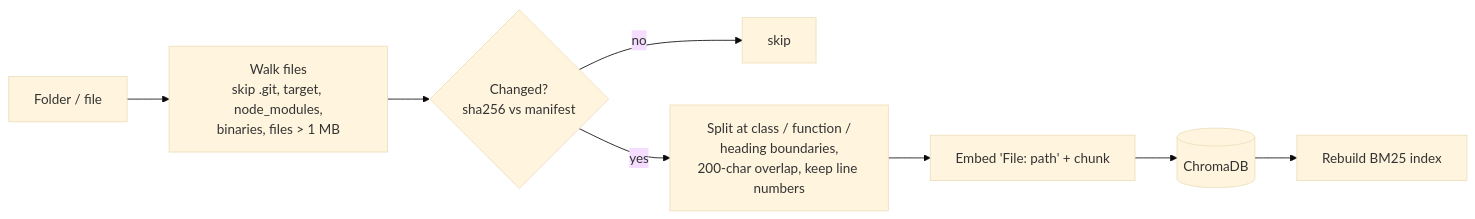
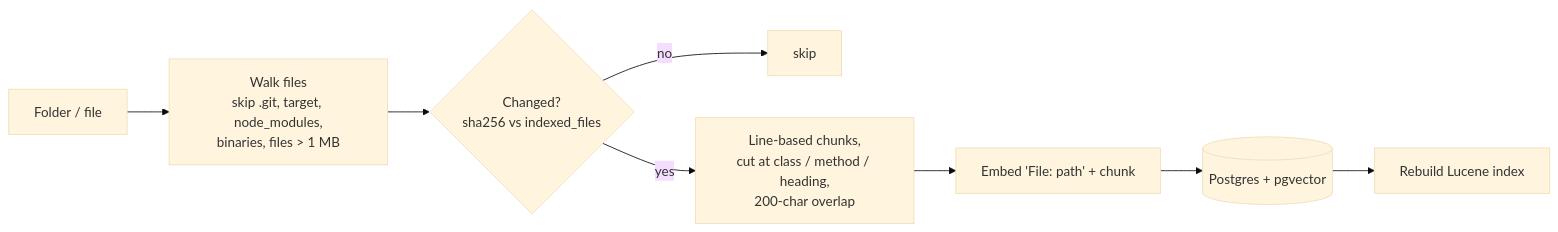
One commit to kanaparthiAdarsh-web/Zaalime_Java_Full_Stack_projects changed the second of 2 diagrams in 03-rag-codebase-assistant/README.md. Above: the diagram before and after it, drawn with Mermaid (base theme). The commit also changed other lines of this file and 81 other files, not shown here.

````diff
--- a/03-rag-codebase-assistant/README.md
+++ b/03-rag-codebase-assistant/README.md
@@ -55,10 +65,10 @@
 ```mermaid
 flowchart LR
     D[Folder / file] --> W[Walk files<br/>skip .git, target, node_modules,<br/>binaries, files > 1 MB]
-    W --> H{Changed?<br/>sha256 vs manifest}
+    W --> H{Changed?<br/>sha256 vs indexed_files}
     H -- no --> S[skip]
-    H -- yes --> CH[Split at class / function /<br/>heading boundaries,<br/>200-char overlap, keep line numbers]
+    H -- yes --> CH[Line-based chunks,<br/>cut at class / method / heading,<br/>200-char overlap]
     CH --> EM[Embed 'File: path' + chunk]
-    EM --> DB[(ChromaDB)]
-    DB --> BM[Rebuild BM25 index]
+    EM --> DB[(Postgres + pgvector)]
+    DB --> BM[Rebuild Lucene index]
 ```
````
